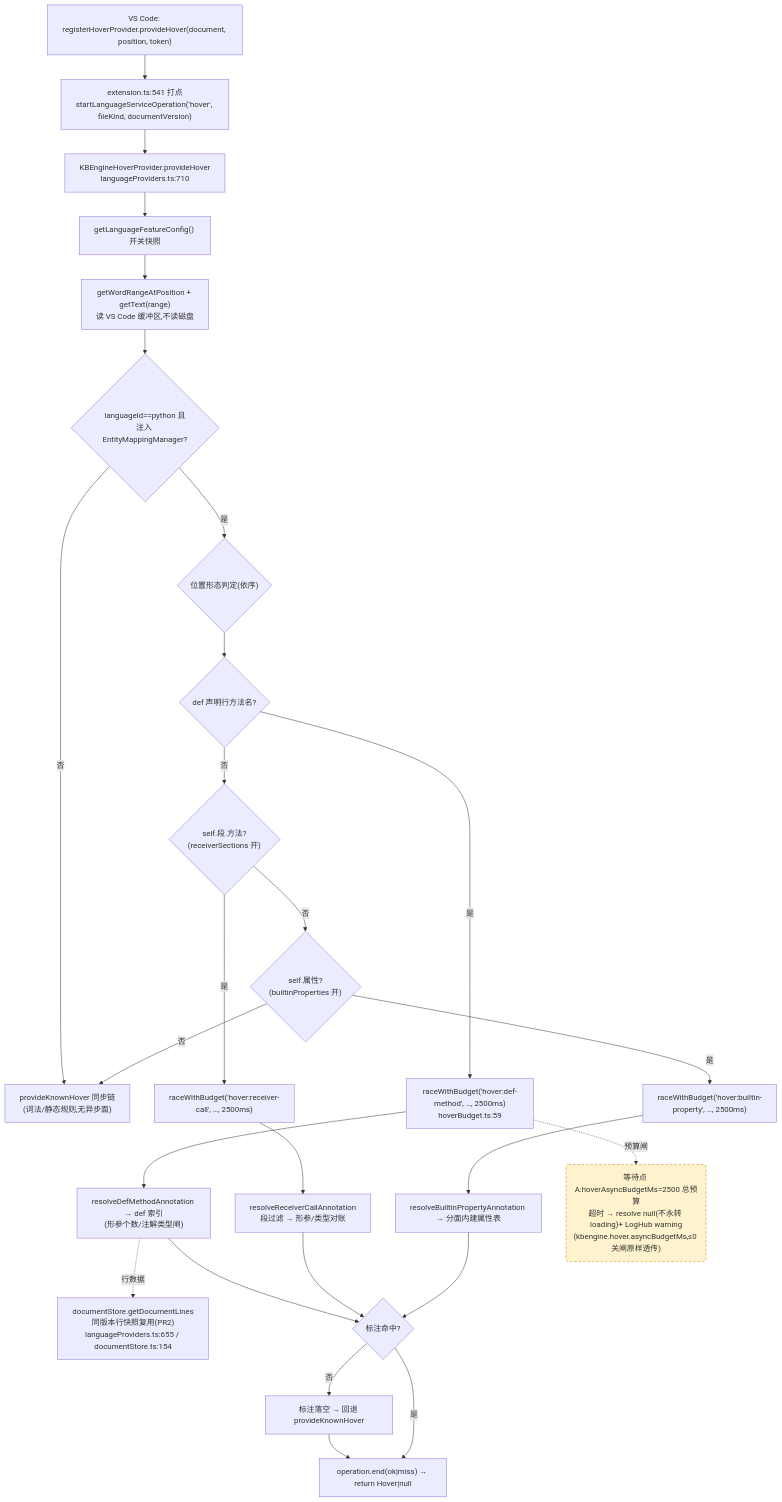
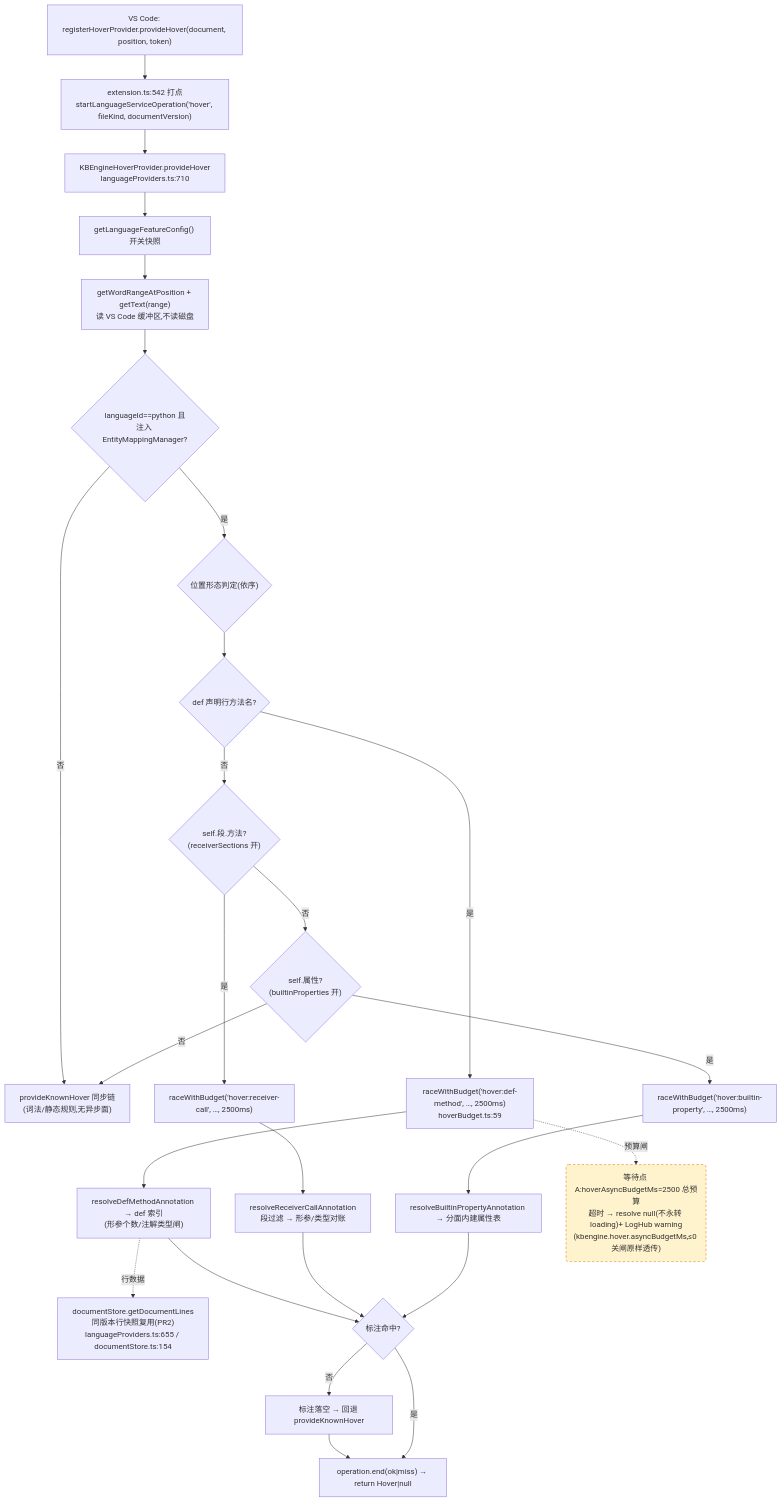
Before and after one commit to cuihairu/kode: the first of 4 diagrams in docs/perf/2026-baseline.md, drawn with Mermaid. The commit also changed other lines of this file and 5 other files, not shown here.

````diff
--- a/docs/perf/2026-baseline.md
+++ b/docs/perf/2026-baseline.md
@@ -82,45 +82,45 @@
 ```mermaid
 flowchart TD
   VC1["VS Code: registerHoverProvider.provideHover(document, position, token)"]
-  M1["extension.ts:541 打点<br/>startLanguageServiceOperation('hover', fileKind, documentVersion)"]
+  M1["extension.ts:542 打点<br/>startLanguageServiceOperation('hover', fileKind, documentVersion)"]
   HP["KBEngineHoverProvider.provideHover<br/>languageProviders.ts:710"]
   CFG["getLanguageFeatureConfig() 开关快照"]
   WORD["getWordRangeAtPosition + getText(range)<br/>读 VS Code 缓冲区,不读磁盘"]
   BR{"languageId==python 且<br/>注入 EntityMappingManager?"}
   KN["provideKnownHover 同步链<br/>(词法/静态规则,无异步面)"]
   POS{"位置形态判定(依序)"}
   D1{"def 声明行方法名?"}
   D2{"self.段.方法?<br/>(receiverSections 开)"}
   D3{"self.属性?<br/>(builtinProperties 开)"}
   RA1["raceWithBudget('hover:def-method', …, 2500ms)<br/>hoverBudget.ts:59"]
   RA2["raceWithBudget('hover:receiver-call', …, 2500ms)"]
   RA3["raceWithBudget('hover:builtin-property', …, 2500ms)"]
   RS1["resolveDefMethodAnnotation → def 索引<br/>(形参个数/注解类型闸)"]
   RS2["resolveReceiverCallAnnotation<br/>段过滤 → 形参/类型对账"]
   RS3["resolveBuiltinPropertyAnnotation → 分面内建属性表"]
   LINES["documentStore.getDocumentLines<br/>同版本行快照复用(PR2)<br/>languageProviders.ts:655 / documentStore.ts:154"]
   MISS["标注落空 → 回退 provideKnownHover"]
   END1["operation.end(ok|miss) → return Hover|null"]
 
   VC1 --> M1 --> HP --> CFG --> WORD --> BR
   BR -- "否" --> KN
   BR -- "是" --> POS --> D1
   D1 -- "是" --> RA1 --> RS1
   D1 -- "否" --> D2
   D2 -- "是" --> RA2 --> RS2
   D2 -- "否" --> D3
   D3 -- "是" --> RA3 --> RS3
   D3 -- "否" --> KN
   RS1 --> HIT{"标注命中?"}
   RS2 --> HIT
   RS3 --> HIT
   RS1 -.->|行数据| LINES
   HIT -- "否" --> MISS --> END1
   HIT -- "是" --> END1
 
   WAITA("等待点 A:hoverAsyncBudgetMs=2500 总预算<br/>超时 → resolve null(不永转 loading)+ LogHub warning<br/>(kbengine.hover.asyncBudgetMs,≤0 关闸原样透传)")
   RA1 -.->|预算闸| WAITA
 
   classDef waitPoint fill:#fff3cd,stroke:#d97706,stroke-dasharray:5 4;
   class WAITA waitPoint;
 ```
````
